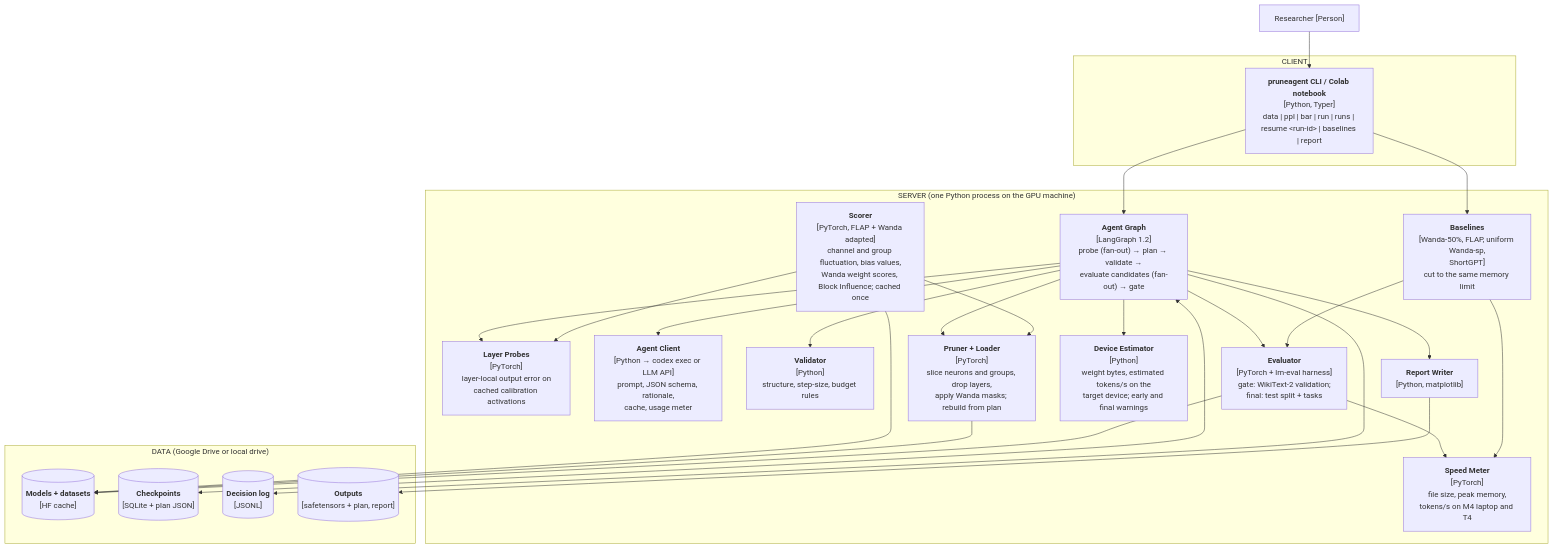
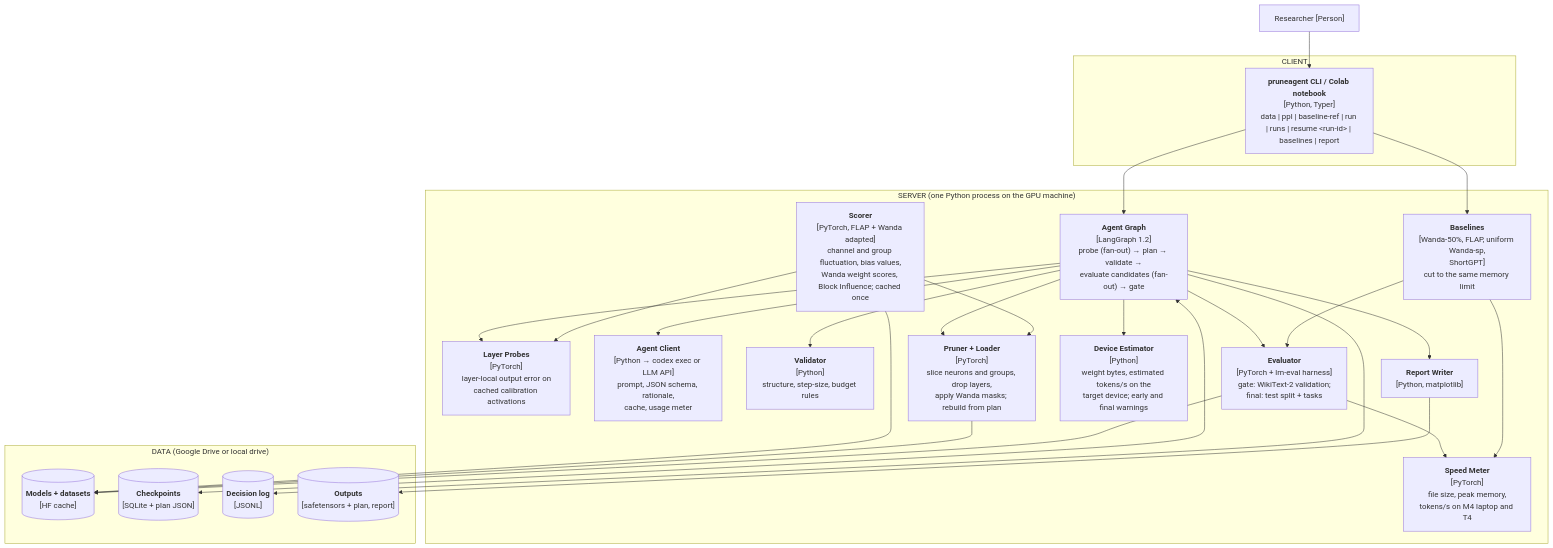
The second of 4 diagrams in ARCHITECTURE.md (stephxu96/pruneagent), drawn with Mermaid before and after one commit. The commit also changed other lines of this file and 19 other files, not shown here.

First line of the commit message:
Align ADRs, board, docs and code with architecture v0.7

````diff
--- a/ARCHITECTURE.md
+++ b/ARCHITECTURE.md
@@ -184,39 +184,39 @@
 ```mermaid
 flowchart TB
     U["Researcher [Person]"]
 
     subgraph CLIENT["CLIENT"]
-        CLI["<b>pruneagent CLI / Colab notebook</b><br/>[Python, Typer]<br/>data | ppl | bar | run | runs | resume &lt;run-id&gt; | baselines | report"]
+        CLI["<b>pruneagent CLI / Colab notebook</b><br/>[Python, Typer]<br/>data | ppl | baseline-ref | run | runs | resume &lt;run-id&gt; | baselines | report"]
     end
 
     subgraph SERVER["SERVER (one Python process on the GPU machine)"]
         LG["<b>Agent Graph</b><br/>[LangGraph 1.2]<br/>probe (fan-out) → plan → validate →<br/>evaluate candidates (fan-out) → gate"]
         SC["<b>Scorer</b><br/>[PyTorch, FLAP + Wanda adapted]<br/>channel and group fluctuation, bias values,<br/>Wanda weight scores, Block Influence; cached once"]
         PB["<b>Layer Probes</b><br/>[PyTorch]<br/>layer-local output error on<br/>cached calibration activations"]
         AG["<b>Agent Client</b><br/>[Python → codex exec or LLM API]<br/>prompt, JSON schema, rationale,<br/>cache, usage meter"]
         VA["<b>Validator</b><br/>[Python]<br/>structure, step-size, budget rules"]
         PN["<b>Pruner + Loader</b><br/>[PyTorch]<br/>slice neurons and groups, drop layers,<br/>apply Wanda masks; rebuild from plan"]
         EV["<b>Evaluator</b><br/>[PyTorch + lm-eval harness]<br/>gate: WikiText-2 validation;<br/>final: test split + tasks"]
         DE["<b>Device Estimator</b><br/>[Python]<br/>weight bytes, estimated tokens/s on the<br/>target device; early and final warnings"]
         MM["<b>Speed Meter</b><br/>[PyTorch]<br/>file size, peak memory,<br/>tokens/s on M4 laptop and T4"]
         BL["<b>Baselines</b><br/>[Wanda-50%, FLAP, uniform Wanda-sp,<br/>ShortGPT]<br/>cut to the same memory limit"]
         RP["<b>Report Writer</b><br/>[Python, matplotlib]"]
     end
 
     subgraph DATA["DATA (Google Drive or local drive)"]
         MD[("<b>Models + datasets</b><br/>[HF cache]")]
         CK[("<b>Checkpoints</b><br/>[SQLite + plan JSON]")]
         LOG[("<b>Decision log</b><br/>[JSONL]")]
         OUT[("<b>Outputs</b><br/>[safetensors + plan, report]")]
     end
 
     U --> CLI --> LG
     LG --> PB & AG & VA & PN & EV & DE
     SC --> PB & PN
     CLI --> BL --> EV
     EV & BL --> MM
     LG --> RP --> OUT
     SC & PN & EV --> MD
     LG <--> CK
     LG --> LOG
 ```
````
